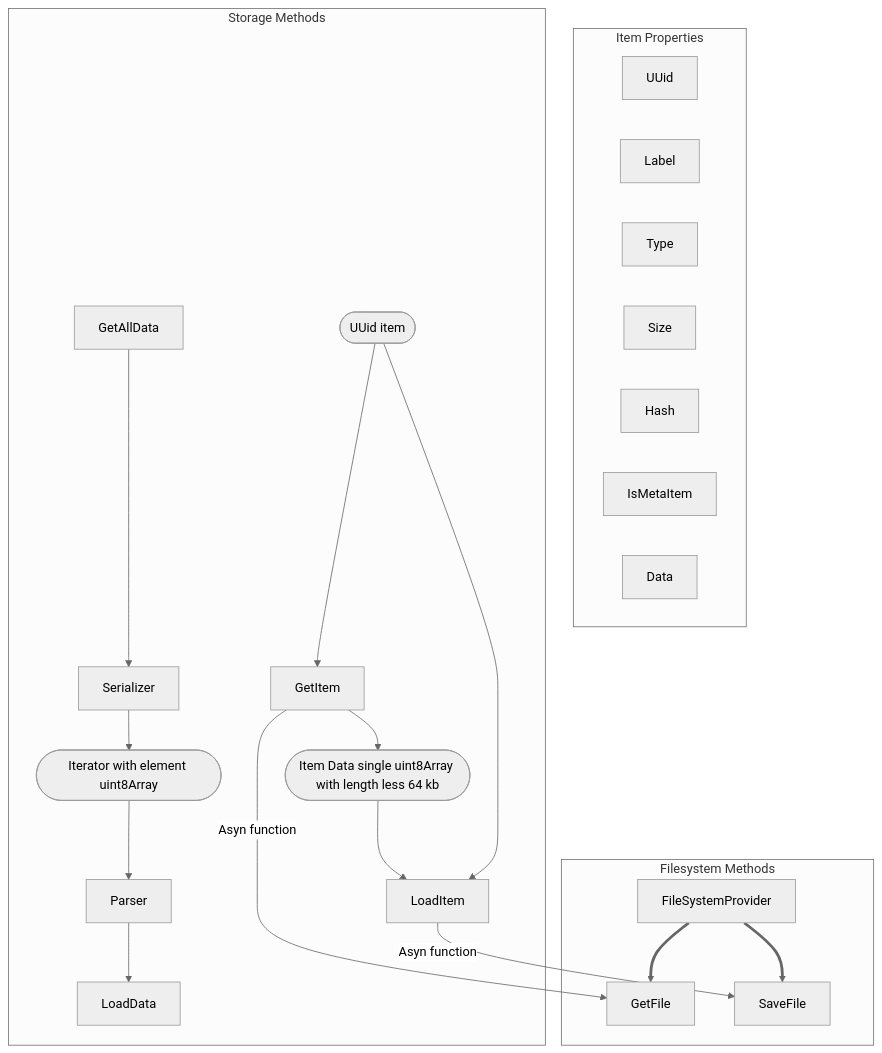
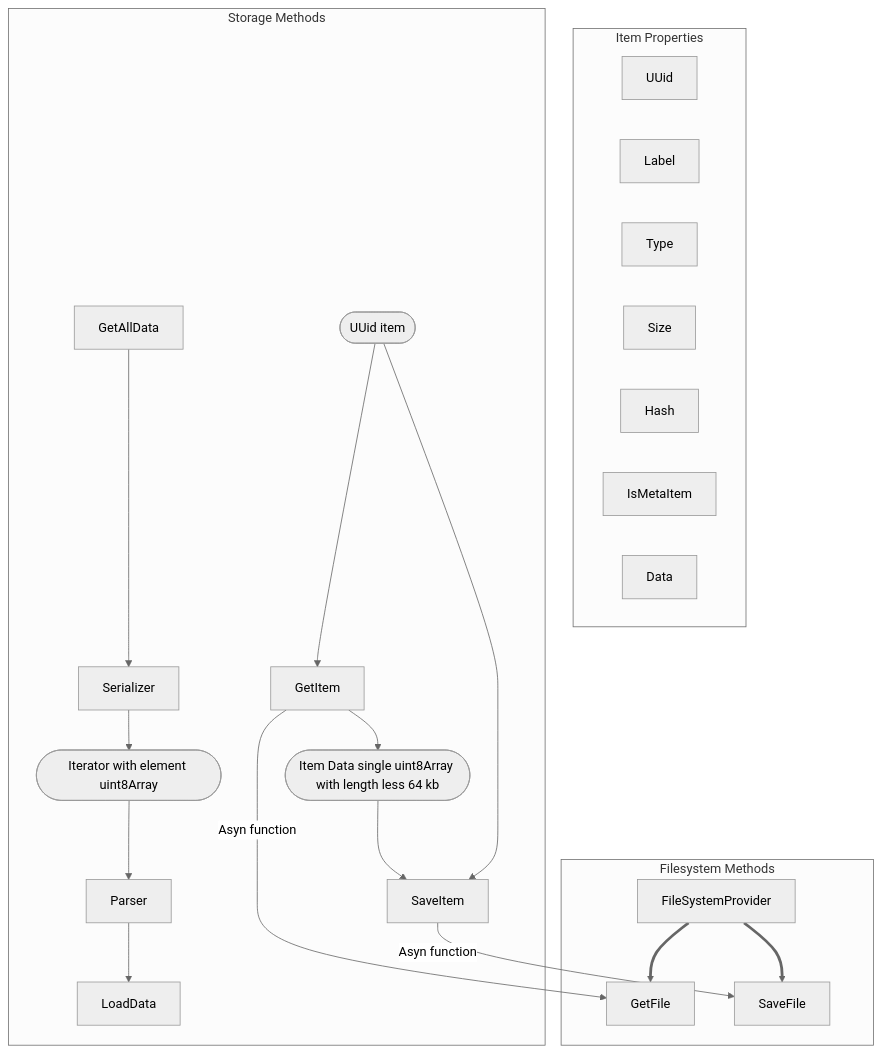
One commit to ellementul/uee-core changed the diagram in src/StoreMember/index.md. Above: the diagram before and after it, drawn with Mermaid (neutral theme).

Commit message:
Updste mermaid

````diff
--- a/src/StoreMember/index.md
+++ b/src/StoreMember/index.md
@@ -3,34 +3,34 @@
 ```mermaid
 flowchart TD
     subgraph Filesystem Methods
         GetFile
         SaveFile
         FileSystemProvider ==> GetFile
         FileSystemProvider ==> SaveFile
     end
 
     subgraph Item Properties
         UUid
         Label
         Type
         Size
         Hash
         IsMetaItem
         Data
     end
 
     subgraph Storage Methods
         UUID([UUid item])
         DATA([Item Data single uint8Array with length less 64 kb])
         UUID --> GetItem --> DATA
-        UUID --> LoadItem
-        DATA --> LoadItem
+        UUID --> SaveItem
+        DATA --> SaveItem
 
         GetItem -->|Asyn function| GetFile
-        LoadItem -->|Asyn function| SaveFile
+        SaveItem -->|Asyn function| SaveFile
 
         GetAllData --> Serializer --> IteratorData([Iterator with element uint8Array])
         IteratorData([Iterator with element uint8Array]) --> Parser --> LoadData
     end
 
 ```
````
